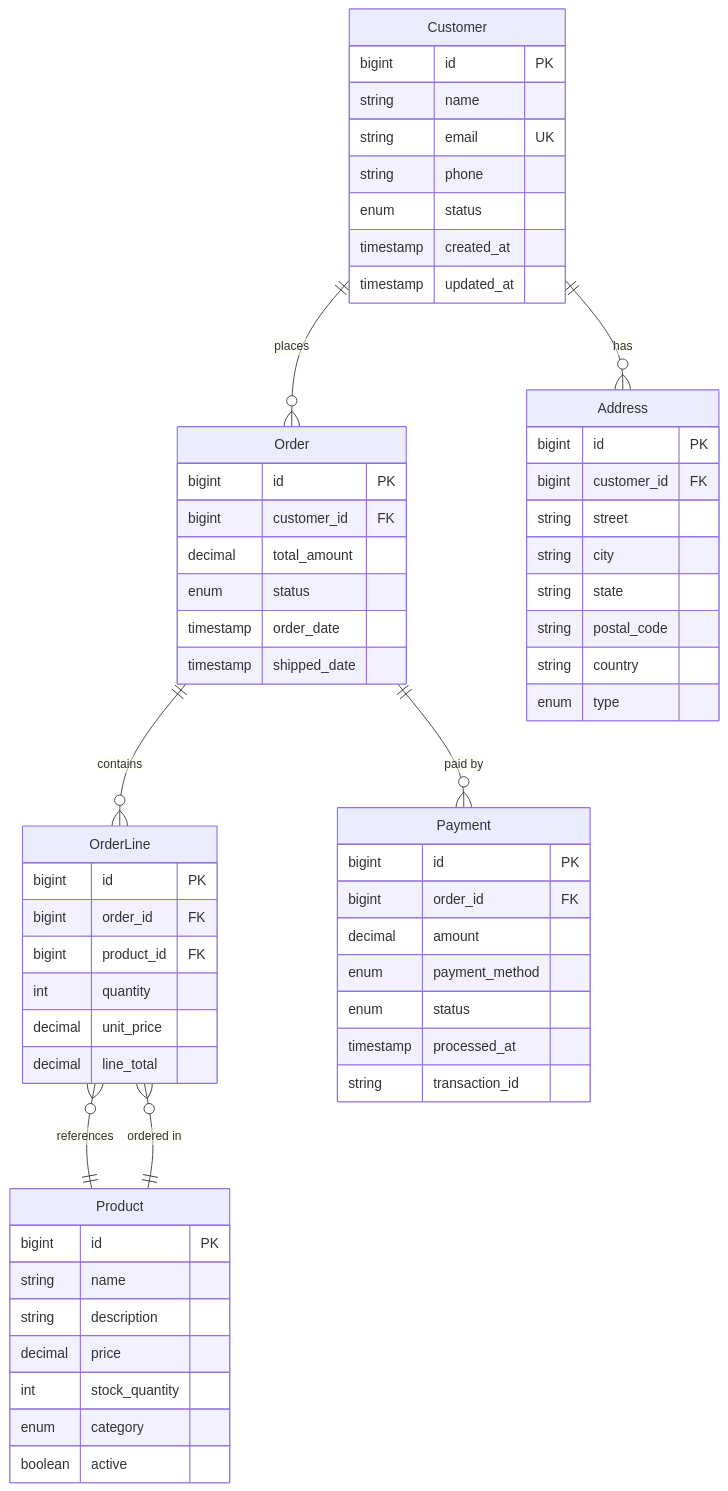
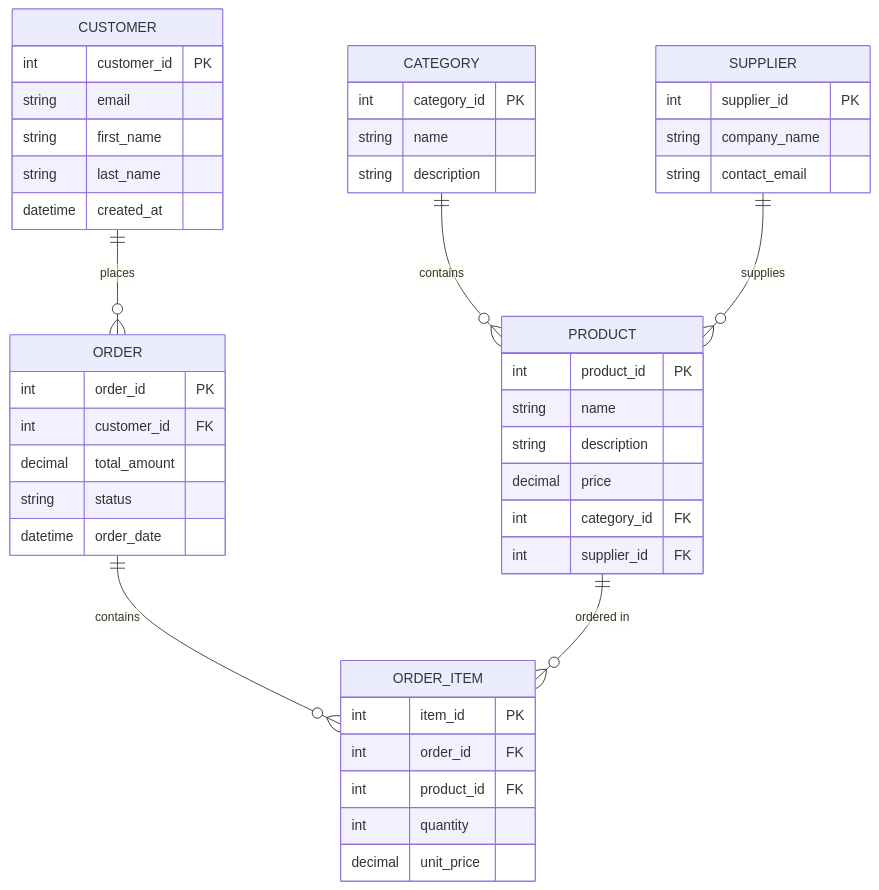
Before and after one commit to jpount/doc-diagram-gen: the third of 4 diagrams in .claude/agents/diagram-architect.md, drawn with Mermaid. The commit also changed other lines of this file and 110 other files, not shown here.

````diff
--- a/.claude/agents/diagram-architect.md
+++ b/.claude/agents/diagram-architect.md
@@ -239,67 +205,55 @@
 ```mermaid
+%% Entity Relationship Diagram
+%% Core business entities and relationships
 erDiagram
-    Customer ||--o{ Order : places
-    Customer {
-        bigint id PK
-        string name
-        string email UK
-        string phone
-        enum status
-        timestamp created_at
-        timestamp updated_at
+    CUSTOMER ||--o{ ORDER : places
+    ORDER ||--o{ ORDER_ITEM : contains
+    PRODUCT ||--o{ ORDER_ITEM : "ordered in"
+    CATEGORY ||--o{ PRODUCT : contains
+    SUPPLIER ||--o{ PRODUCT : supplies
+    
+    CUSTOMER {
+        int customer_id PK
+        string email
+        string first_name
+        string last_name
+        datetime created_at
     }
     
-    Order ||--o{ OrderLine : contains
-    Order {
-        bigint id PK
-        bigint customer_id FK
+    ORDER {
+        int order_id PK
+        int customer_id FK
         decimal total_amount
-        enum status
-        timestamp order_date
-        timestamp shipped_date
+        string status
+        datetime order_date
     }
     
-    OrderLine }o--|| Product : references
-    OrderLine {
-        bigint id PK
-        bigint order_id FK
-        bigint product_id FK
+    ORDER_ITEM {
+        int item_id PK
+        int order_id FK
+        int product_id FK
         int quantity
         decimal unit_price
-        decimal line_total
     }
     
-    Product ||--o{ OrderLine : "ordered in"
-    Product {
-        bigint id PK
+    PRODUCT {
+        int product_id PK
         string name
         string description
         decimal price
-        int stock_quantity
-        enum category
-        boolean active
+        int category_id FK
+        int supplier_id FK
     }
     
-    Customer ||--o{ Address : "has"
-    Address {
-        bigint id PK
-        bigint customer_id FK
-        string street
-        string city
-        string state
-        string postal_code
-        string country
-        enum type
+    CATEGORY {
+        int category_id PK
+        string name
+        string description
     }
     
-    Order ||--o{ Payment : "paid by"
-    Payment {
-        bigint id PK
-        bigint order_id FK
-        decimal amount
-        enum payment_method
-        enum status
-        timestamp processed_at
-        string transaction_id
+    SUPPLIER {
+        int supplier_id PK
+        string company_name
+        string contact_email
     }
 ```
````
